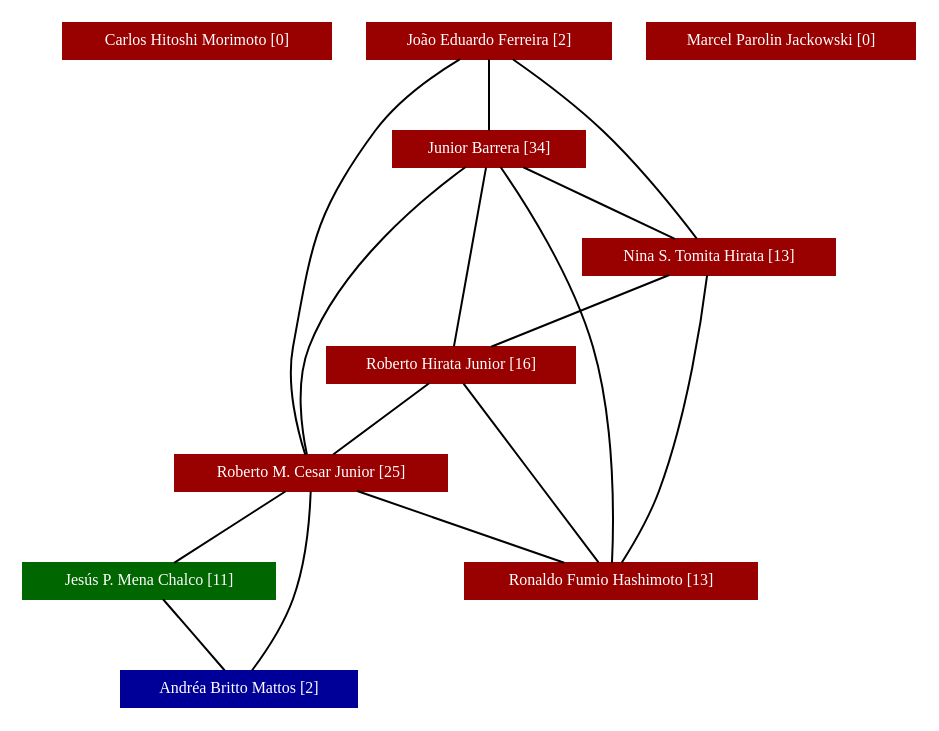
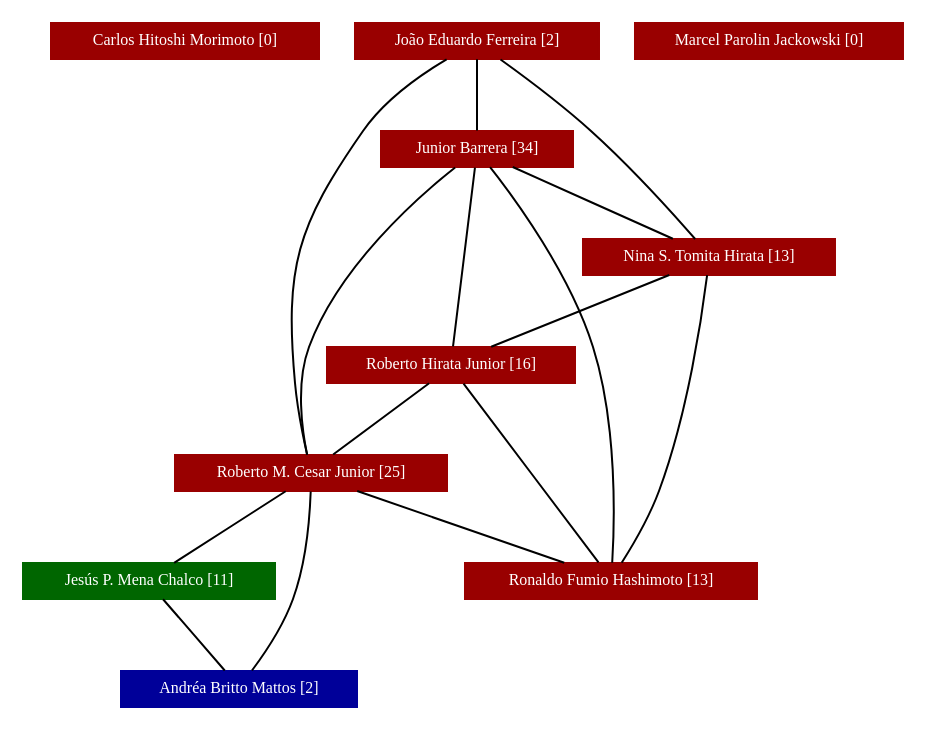
Before and after one commit to charles-souza/tcc-script-lattes: the diagram in exemplo/teste-02/grafoDeColaboracoesSemPesos.dot, drawn with Graphviz. The commit also changed 89 other files, not shown here.

```diff
--- a/exemplo/teste-02/grafoDeColaboracoesSemPesos.dot
+++ b/exemplo/teste-02/grafoDeColaboracoesSemPesos.dot
@@ -1,29 +1,29 @@
 strict graph grafo1 {
 	graph [bb="0,0,426,342", id=grafo1, overlap=False];
 	node [label="\N", fontsize=8, shape=rectangle, style=filled];
 	0 [label="Carlos Hitoshi Morimoto [0]", URL="http://lattes.cnpq.br/4575931307749163", color="#990000", fontcolor="#FFFFFF", height="0.25", pos="67,333", width="1.8611"];
 	1 [label="João Eduardo Ferreira [2]", URL="http://lattes.cnpq.br/0131770792108992", color="#990000", fontcolor="#FFFFFF", height="0.25", pos="213,333", width="1.6944"];
-	4 [label="Nina S. Tomita Hirata [13]", URL="http://lattes.cnpq.br/0644408634493034", color="#990000", fontcolor="#FFFFFF", height="0.25", pos="329,225", width="1.75"];
-	6 [label="Roberto M. Cesar Junior [25]", URL="http://lattes.cnpq.br/2240951178648368", color="#990000", fontcolor="#FFFFFF", height="0.25", pos="116,117", width="1.8889"];
+	6 [label="Roberto M. Cesar Junior [25]", URL="http://lattes.cnpq.br/2240951178648368", color="#990000", fontcolor="#FFFFFF", height="0.25", pos="107,117", width="1.8889"];
+	4 [label="Nina S. Tomita Hirata [13]", URL="http://lattes.cnpq.br/0644408634493034", color="#990000", fontcolor="#FFFFFF", height="0.25", pos="323,225", width="1.75"];
 	2 [label="Junior Barrera [34]", URL="http://lattes.cnpq.br/0362417828475021", color="#990000", fontcolor="#FFFFFF", height="0.25", pos="213,279", width="1.3333"];
-	5 [label="Roberto Hirata Junior [16]", URL="http://lattes.cnpq.br/1647118503085126", color="#990000", fontcolor="#FFFFFF", height="0.25", pos="200,171", width="1.7222"];
-	7 [label="Ronaldo Fumio Hashimoto [13]", URL="http://lattes.cnpq.br/9283304583756076", color="#990000", fontcolor="#FFFFFF", height="0.25", pos="277,63", width="2.0278"];
-	8 [label="Jesús P. Mena Chalco [11]", URL="http://lattes.cnpq.br/4727357182510680", color="#006600", fontcolor="#FFFFFF", height="0.25", pos="120,63", width="1.75"];
-	9 [label="Andréa Britto Mattos [2]", URL="http://lattes.cnpq.br/2837012019824386", color="#000099", fontcolor="#FFFFFF", height="0.25", pos="74,9", width="1.6389"];
+	8 [label="Jesús P. Mena Chalco [11]", URL="http://lattes.cnpq.br/4727357182510680", color="#006600", fontcolor="#FFFFFF", height="0.25", pos="111,63", width="1.75"];
+	7 [label="Ronaldo Fumio Hashimoto [13]", URL="http://lattes.cnpq.br/9283304583756076", color="#990000", fontcolor="#FFFFFF", height="0.25", pos="278,63", width="2.0278"];
+	9 [label="Andréa Britto Mattos [2]", URL="http://lattes.cnpq.br/2837012019824386", color="#000099", fontcolor="#FFFFFF", height="0.25", pos="65,9", width="1.6389"];
+	5 [label="Roberto Hirata Junior [16]", URL="http://lattes.cnpq.br/1647118503085126", color="#990000", fontcolor="#FFFFFF", height="0.25", pos="194,171", width="1.7222"];
 	3 [label="Marcel Parolin Jackowski [0]", URL="http://lattes.cnpq.br/0926213060635986", color="#990000", fontcolor="#FFFFFF", height="0.25", pos="359,333", width="1.8611"];
-	1 -- 4 [pos="225.67,323.86 237.52,315.11 255.52,301.31 270,288 289.42,270.15 310.02,247.07 321,234.38"];
-	1 -- 6 [pos="196.88,323.86 184.15,315.89 166.79,303.23 156,288 126.67,246.6 128.52,229.84 119,180 115.38,161.07 115.32,138.39 115.64,126.07"];
+	1 -- 6 [pos="197.65,324 185.03,315.93 167.42,303.07 156,288 124.59,246.56 122.81,230.64 111,180 106.62,161.22 106.37,138.48 106.64,126.11"];
+	1 -- 4 [pos="226.3,323.7 238.26,315.05 256.06,301.51 270,288 288.27,270.29 306.76,246.75 316.33,234.05"];
 	1 -- 2 [pos="213,323.59 213,313.68 213,298.17 213,288.3"];
-	4 -- 5 [pos="307.41,215.96 283.6,205.99 245.5,190.05 221.66,180.07"];
-	4 -- 7 [pos="328.09,215.9 325.86,195.82 319.16,146.45 304,108 298.79,94.777 289.9,80.959 283.76,72.182"];
-	2 -- 4 [pos="232.42,269.96 253.83,259.99 288.08,244.05 309.52,234.07"];
-	2 -- 5 [pos="211.89,269.79 209.44,249.39 203.56,200.57 201.11,180.18"];
-	2 -- 6 [pos="202.3,269.82 184.17,253.63 147.57,218.09 129,180 120.29,162.13 117.41,138.65 116.46,126.01"];
-	2 -- 7 [pos="220.42,269.88 233.46,253.23 260.16,216.26 271,180 282.6,141.22 279.79,92.033 277.96,72.051"];
-	6 -- 8 [pos="116.7,107.59 117.43,97.683 118.58,82.169 119.31,72.298"];
-	6 -- 9 [pos="91.531,107.94 76.01,100.77 57.18,89.084 48,72 38.142,53.656 54.128,30.758 65.082,18.238"];
-	6 -- 7 [pos="142.95,107.96 172.67,97.994 220.21,82.048 249.96,72.068"];
-	5 -- 6 [pos="185.75,161.84 170.21,151.85 145.5,135.96 130.04,126.03"];
-	5 -- 7 [pos="206.56,161.79 221.11,141.39 255.92,92.567 270.45,72.185"];
-	8 -- 9 [pos="111.99,53.594 103.54,43.683 90.329,28.169 81.921,18.298"];
+	6 -- 8 [pos="107.7,107.59 108.43,97.683 109.58,82.169 110.31,72.298"];
+	6 -- 7 [pos="135.62,107.96 167.19,97.994 217.68,82.048 249.29,72.068"];
+	6 -- 9 [pos="82.531,107.94 67.01,100.77 48.18,89.084 39,72 29.142,53.656 45.128,30.758 56.082,18.238"];
+	2 -- 6 [pos="201.7,269.9 182.52,253.83 143.68,218.46 123,180 113.49,162.31 109.47,138.76 107.9,126.05"];
+	2 -- 7 [pos="219.25,269.95 230.54,253.11 254.14,215.46 265,180 276.91,141.11 278.16,91.984 278.12,72.034"];
+	2 -- 4 [pos="231.66,269.84 252.01,259.85 284.37,243.96 304.62,234.03"];
+	2 -- 5 [pos="211.38,269.79 207.79,249.39 199.2,200.57 195.62,180.18"];
+	4 -- 7 [pos="321.69,215.73 318.72,195.71 310.72,147.11 298,108 293.82,95.154 287.18,81.023 282.71,72.087"];
+	4 -- 5 [pos="301.41,215.96 277.6,205.99 239.5,190.05 215.66,180.07"];
+	5 -- 6 [pos="179.24,161.84 163.15,151.85 137.55,135.96 121.54,126.03"];
+	5 -- 7 [pos="201.16,161.79 217.03,141.39 255,92.567 270.86,72.185"];
+	8 -- 9 [pos="102.99,53.594 94.544,43.683 81.329,28.169 72.921,18.298"];
 }
```
